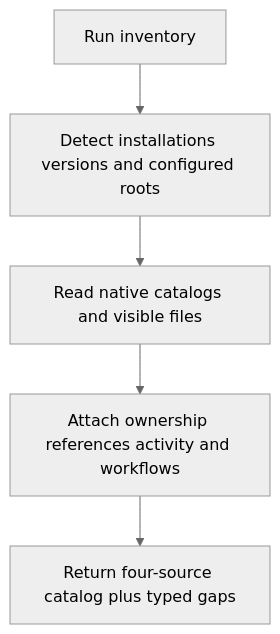
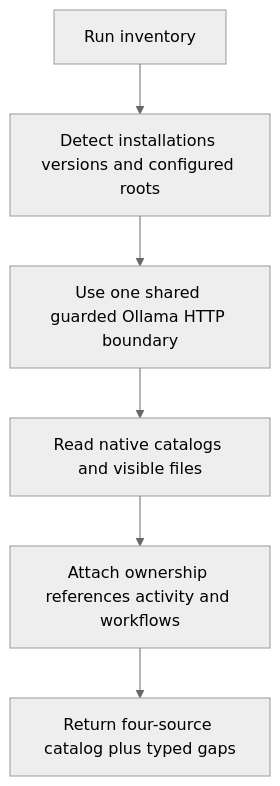
Before and after one commit to RebelliousSmile/DevToolBox: the first of 2 diagrams in aidd_docs/tasks/2026_08/2026_08_28_local-model-orchestrator/phase-2.md, drawn with Mermaid (neutral theme). The commit also changed other lines of this file and 2 other files, not shown here.

Commit message:
docs(plan): move Ollama transport extraction forward

````diff
--- a/aidd_docs/tasks/2026_08/2026_08_28_local-model-orchestrator/phase-2.md
+++ b/aidd_docs/tasks/2026_08/2026_08_28_local-model-orchestrator/phase-2.md
@@ -28,7 +37,8 @@
 ```mermaid
 flowchart TD
   A[Run inventory] --> B[Detect installations versions and configured roots]
-  B --> C[Read native catalogs and visible files]
-  C --> D[Attach ownership references activity and workflows]
-  D --> E[Return four-source catalog plus typed gaps]
+  B --> C[Use one shared guarded Ollama HTTP boundary]
+  C --> D[Read native catalogs and visible files]
+  D --> E[Attach ownership references activity and workflows]
+  E --> F[Return four-source catalog plus typed gaps]
 ```
````
